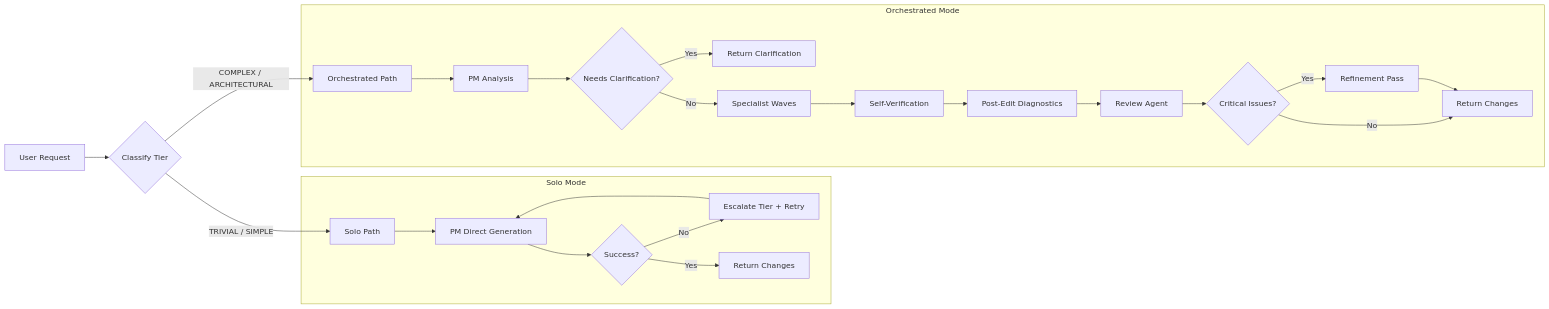
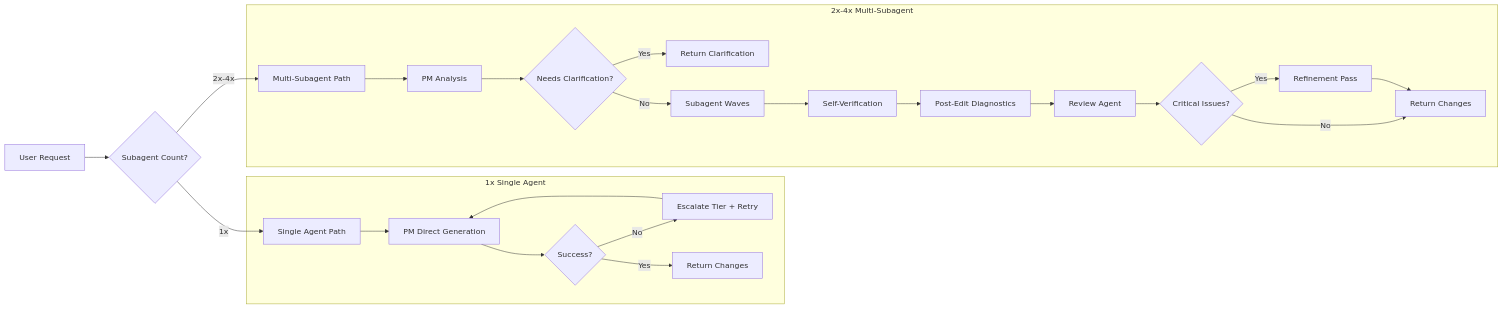
Before and after one commit to prime30/synapse: the second of 2 diagrams in ARCHITECTURE.md, drawn with Mermaid. The commit also changed other lines of this file and 2997 other files, not shown here.

````diff
--- a/ARCHITECTURE.md
+++ b/ARCHITECTURE.md
@@ -178,28 +178,28 @@
 ```mermaid
 flowchart LR
-    Request[User Request] --> Classify{Classify Tier}
-    Classify -->|"TRIVIAL / SIMPLE"| SoloPath[Solo Path]
-    Classify -->|"COMPLEX / ARCHITECTURAL"| OrchPath[Orchestrated Path]
+    Request[User Request] --> SubagentCount{Subagent Count?}
+    SubagentCount -->|1x| SoloPath[Single Agent Path]
+    SubagentCount -->|2x-4x| MultiPath[Multi-Subagent Path]
 
-    subgraph solo [Solo Mode]
+    subgraph solo [1x Single Agent]
         SoloPath --> PMDirect[PM Direct Generation]
         PMDirect --> Escalate{Success?}
         Escalate -->|No| TierUp[Escalate Tier + Retry]
         Escalate -->|Yes| SoloResult[Return Changes]
         TierUp --> PMDirect
     end
 
-    subgraph orch [Orchestrated Mode]
-        OrchPath --> PMAnalysis[PM Analysis]
+    subgraph multi [2x-4x Multi-Subagent]
+        MultiPath --> PMAnalysis[PM Analysis]
         PMAnalysis --> ScopeGate{Needs Clarification?}
         ScopeGate -->|Yes| Clarify[Return Clarification]
-        ScopeGate -->|No| WaveExec[Specialist Waves]
+        ScopeGate -->|No| WaveExec[Subagent Waves]
         WaveExec --> Verify[Self-Verification]
         Verify --> Diag[Post-Edit Diagnostics]
         Diag --> Review[Review Agent]
         Review --> Fix{Critical Issues?}
         Fix -->|Yes| Refine[Refinement Pass]
         Fix -->|No| OrchResult[Return Changes]
         Refine --> OrchResult
     end
 ```
````
